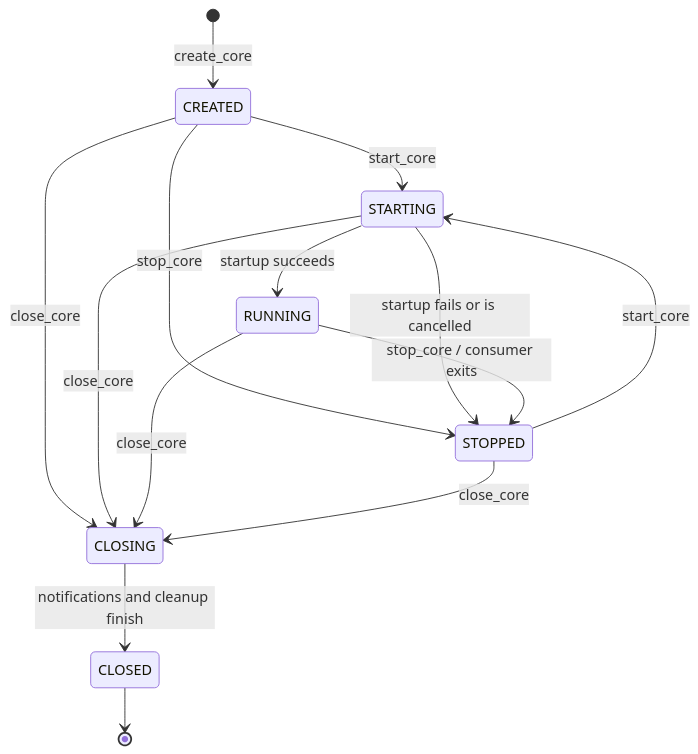
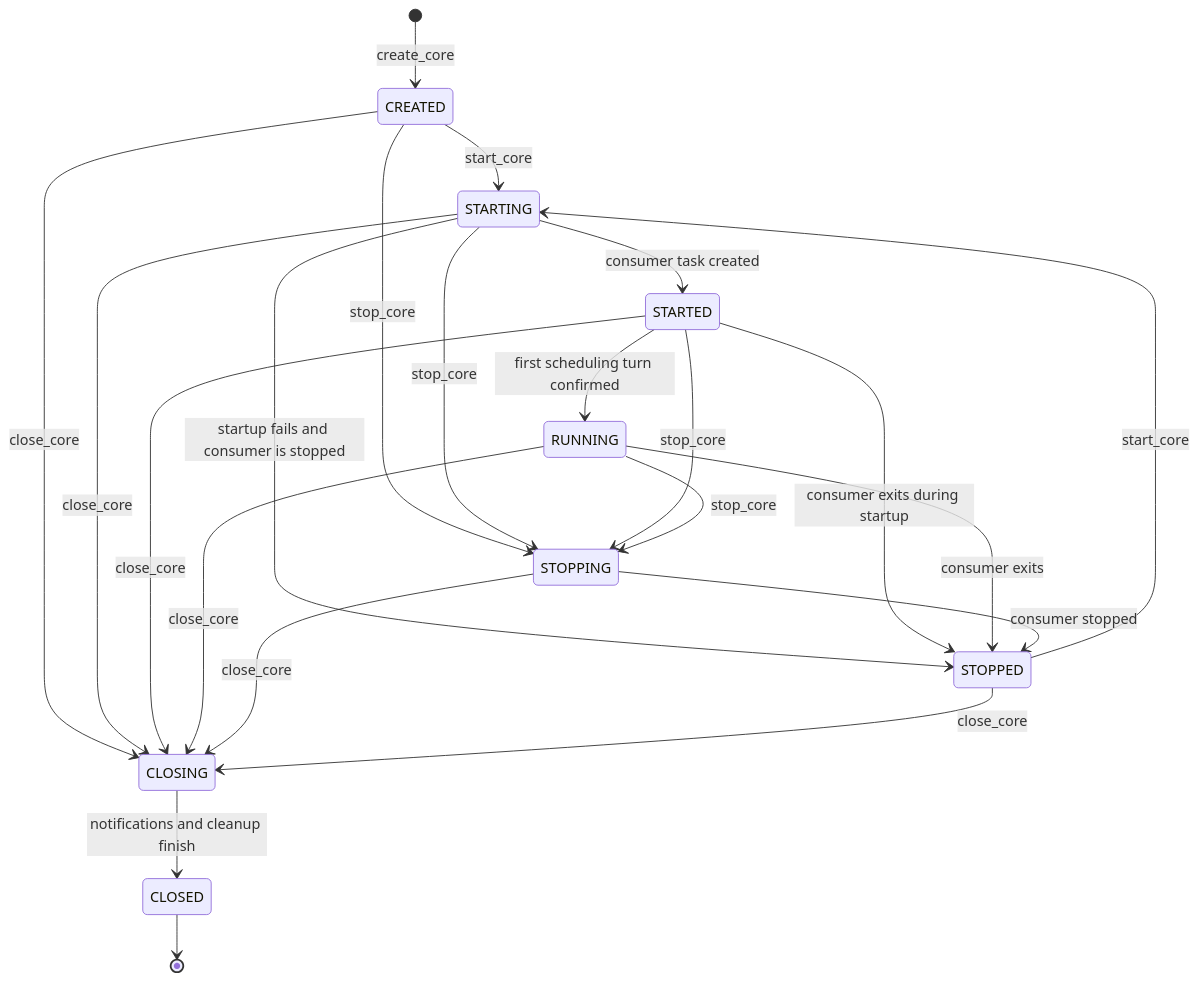
Before and after one commit to JJJJSTIYYYY/apixis: the diagram in docs/core/runtime-lifecycle.md, drawn with Mermaid. The commit also changed other lines of this file and 50 other files, not shown here.

First line of the commit message:
refactor(core)!: coordinate lifecycle tasks and graph shutdown

````diff
--- a/docs/core/runtime-lifecycle.md
+++ b/docs/core/runtime-lifecycle.md
@@ -19,16 +23,24 @@
 ```mermaid
 stateDiagram-v2
     [*] --> CREATED: create_core
     CREATED --> STARTING: start_core
-    CREATED --> STOPPED: stop_core
-    STARTING --> RUNNING: startup succeeds
-    STARTING --> STOPPED: startup fails or is cancelled
-    RUNNING --> STOPPED: stop_core / consumer exits
+    CREATED --> STOPPING: stop_core
+    STARTING --> STARTED: consumer task created
+    STARTED --> RUNNING: first scheduling turn confirmed
+    STARTING --> STOPPED: startup fails and consumer is stopped
+    STARTING --> STOPPING: stop_core
+    STARTED --> STOPPING: stop_core
+    STARTED --> STOPPED: consumer exits during startup
+    RUNNING --> STOPPING: stop_core
+    RUNNING --> STOPPED: consumer exits
+    STOPPING --> STOPPED: consumer stopped
     STOPPED --> STARTING: start_core
     CREATED --> CLOSING: close_core
     STARTING --> CLOSING: close_core
+    STARTED --> CLOSING: close_core
     RUNNING --> CLOSING: close_core
+    STOPPING --> CLOSING: close_core
     STOPPED --> CLOSING: close_core
     CLOSING --> CLOSED: notifications and cleanup finish
     CLOSED --> [*]
 ```
````
